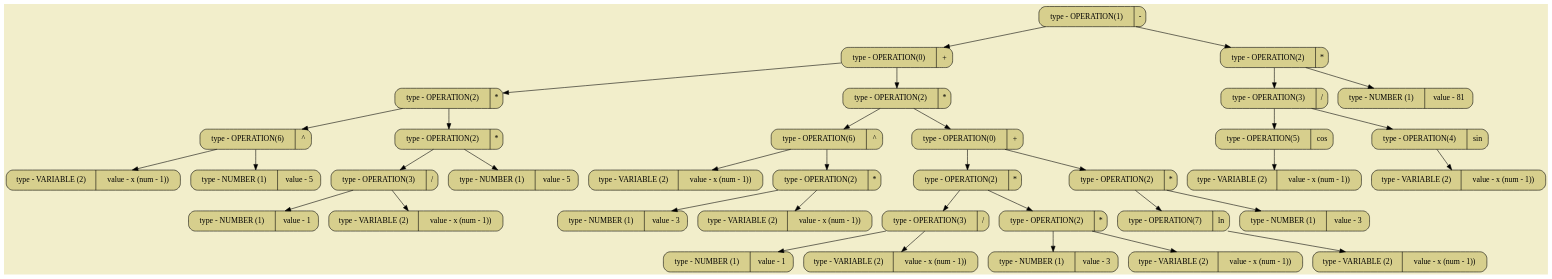
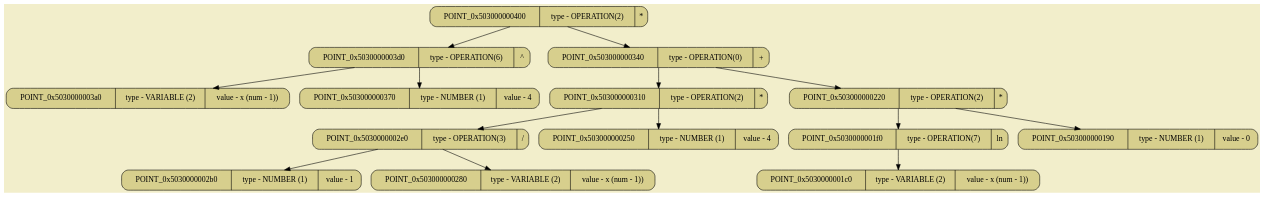
The diagram in all_dumps/pictures/image03.dot (SashaKhaytina/Differenciator), drawn with Graphviz before and after one commit. The commit also changed 22 other files, not shown here.

```diff
--- a/all_dumps/pictures/image03.dot
+++ b/all_dumps/pictures/image03.dot
@@ -1,76 +1,32 @@
 digraph
 {
 bgcolor="#F2EECB";
 rankdir = TB;
-POINT_0x610c3da96820[shape=Mrecord, label = "type - OPERATION(1) | -", style="filled",fillcolor="#D7CF8D"]
-POINT_0x610c3da967f0[shape=Mrecord, label = "type - OPERATION(0) | +", style="filled",fillcolor="#D7CF8D"]
-POINT_0x610c3da967c0[shape=Mrecord, label = "type - OPERATION(2) | *", style="filled",fillcolor="#D7CF8D"]
-POINT_0x610c3da96790[shape=Mrecord, label = "type - OPERATION(6) | ^", style="filled",fillcolor="#D7CF8D"]
-POINT_0x610c3da94600[shape=Mrecord, label = "type - VARIABLE (2) | value - x (num - 1))", style="filled",fillcolor="#D7CF8D"]
-POINT_0x610c3da946c0[shape=Mrecord, label = "type - NUMBER (1) | value - 5", style="filled",fillcolor="#D7CF8D"]
-POINT_0x610c3da96760[shape=Mrecord, label = "type - OPERATION(2) | *", style="filled",fillcolor="#D7CF8D"]
-POINT_0x610c3da96700[shape=Mrecord, label = "type - OPERATION(3) | /", style="filled",fillcolor="#D7CF8D"]
-POINT_0x610c3da966d0[shape=Mrecord, label = "type - NUMBER (1) | value - 1", style="filled",fillcolor="#D7CF8D"]
-POINT_0x610c3da966a0[shape=Mrecord, label = "type - VARIABLE (2) | value - x (num - 1))", style="filled",fillcolor="#D7CF8D"]
-POINT_0x610c3da96670[shape=Mrecord, label = "type - NUMBER (1) | value - 5", style="filled",fillcolor="#D7CF8D"]
-POINT_0x610c3da96520[shape=Mrecord, label = "type - OPERATION(2) | *", style="filled",fillcolor="#D7CF8D"]
-POINT_0x610c3da964f0[shape=Mrecord, label = "type - OPERATION(6) | ^", style="filled",fillcolor="#D7CF8D"]
-POINT_0x610c3da947a0[shape=Mrecord, label = "type - VARIABLE (2) | value - x (num - 1))", style="filled",fillcolor="#D7CF8D"]
-POINT_0x610c3da94860[shape=Mrecord, label = "type - OPERATION(2) | *", style="filled",fillcolor="#D7CF8D"]
-POINT_0x610c3da94830[shape=Mrecord, label = "type - NUMBER (1) | value - 3", style="filled",fillcolor="#D7CF8D"]
-POINT_0x610c3da948b0[shape=Mrecord, label = "type - VARIABLE (2) | value - x (num - 1))", style="filled",fillcolor="#D7CF8D"]
-POINT_0x610c3da964c0[shape=Mrecord, label = "type - OPERATION(0) | +", style="filled",fillcolor="#D7CF8D"]
-POINT_0x610c3da96490[shape=Mrecord, label = "type - OPERATION(2) | *", style="filled",fillcolor="#D7CF8D"]
-POINT_0x610c3da96460[shape=Mrecord, label = "type - OPERATION(3) | /", style="filled",fillcolor="#D7CF8D"]
-POINT_0x610c3da96430[shape=Mrecord, label = "type - NUMBER (1) | value - 1", style="filled",fillcolor="#D7CF8D"]
-POINT_0x610c3da96400[shape=Mrecord, label = "type - VARIABLE (2) | value - x (num - 1))", style="filled",fillcolor="#D7CF8D"]
-POINT_0x610c3da963d0[shape=Mrecord, label = "type - OPERATION(2) | *", style="filled",fillcolor="#D7CF8D"]
-POINT_0x610c3da963a0[shape=Mrecord, label = "type - NUMBER (1) | value - 3", style="filled",fillcolor="#D7CF8D"]
-POINT_0x610c3da96370[shape=Mrecord, label = "type - VARIABLE (2) | value - x (num - 1))", style="filled",fillcolor="#D7CF8D"]
-POINT_0x610c3da96340[shape=Mrecord, label = "type - OPERATION(2) | *", style="filled",fillcolor="#D7CF8D"]
-POINT_0x610c3da96310[shape=Mrecord, label = "type - OPERATION(7) | ln", style="filled",fillcolor="#D7CF8D"]
-POINT_0x610c3da962e0[shape=Mrecord, label = "type - VARIABLE (2) | value - x (num - 1))", style="filled",fillcolor="#D7CF8D"]
-POINT_0x610c3da962b0[shape=Mrecord, label = "type - NUMBER (1) | value - 3", style="filled",fillcolor="#D7CF8D"]
-POINT_0x610c3da96100[shape=Mrecord, label = "type - OPERATION(2) | *", style="filled",fillcolor="#D7CF8D"]
-POINT_0x610c3da960a0[shape=Mrecord, label = "type - OPERATION(3) | /", style="filled",fillcolor="#D7CF8D"]
-POINT_0x610c3da96070[shape=Mrecord, label = "type - OPERATION(5) | cos", style="filled",fillcolor="#D7CF8D"]
-POINT_0x610c3da96010[shape=Mrecord, label = "type - VARIABLE (2) | value - x (num - 1))", style="filled",fillcolor="#D7CF8D"]
-POINT_0x610c3da95fb0[shape=Mrecord, label = "type - OPERATION(4) | sin", style="filled",fillcolor="#D7CF8D"]
-POINT_0x610c3da95f80[shape=Mrecord, label = "type - VARIABLE (2) | value - x (num - 1))", style="filled",fillcolor="#D7CF8D"]
-POINT_0x610c3da95f50[shape=Mrecord, label = "type - NUMBER (1) | value - 81", style="filled",fillcolor="#D7CF8D"]
-POINT_0x610c3da96820 -> POINT_0x610c3da967f0
-POINT_0x610c3da96820 -> POINT_0x610c3da96100
-POINT_0x610c3da967f0 -> POINT_0x610c3da967c0
-POINT_0x610c3da967f0 -> POINT_0x610c3da96520
-POINT_0x610c3da967c0 -> POINT_0x610c3da96790
-POINT_0x610c3da967c0 -> POINT_0x610c3da96760
-POINT_0x610c3da96790 -> POINT_0x610c3da94600
-POINT_0x610c3da96790 -> POINT_0x610c3da946c0
-POINT_0x610c3da96760 -> POINT_0x610c3da96700
-POINT_0x610c3da96760 -> POINT_0x610c3da96670
-POINT_0x610c3da96700 -> POINT_0x610c3da966d0
-POINT_0x610c3da96700 -> POINT_0x610c3da966a0
-POINT_0x610c3da96520 -> POINT_0x610c3da964f0
-POINT_0x610c3da96520 -> POINT_0x610c3da964c0
-POINT_0x610c3da964f0 -> POINT_0x610c3da947a0
-POINT_0x610c3da964f0 -> POINT_0x610c3da94860
-POINT_0x610c3da94860 -> POINT_0x610c3da94830
-POINT_0x610c3da94860 -> POINT_0x610c3da948b0
-POINT_0x610c3da964c0 -> POINT_0x610c3da96490
-POINT_0x610c3da964c0 -> POINT_0x610c3da96340
-POINT_0x610c3da96490 -> POINT_0x610c3da96460
-POINT_0x610c3da96490 -> POINT_0x610c3da963d0
-POINT_0x610c3da96460 -> POINT_0x610c3da96430
-POINT_0x610c3da96460 -> POINT_0x610c3da96400
-POINT_0x610c3da963d0 -> POINT_0x610c3da963a0
-POINT_0x610c3da963d0 -> POINT_0x610c3da96370
-POINT_0x610c3da96340 -> POINT_0x610c3da96310
-POINT_0x610c3da96340 -> POINT_0x610c3da962b0
-POINT_0x610c3da96310 -> POINT_0x610c3da962e0
-POINT_0x610c3da96100 -> POINT_0x610c3da960a0
-POINT_0x610c3da96100 -> POINT_0x610c3da95f50
-POINT_0x610c3da960a0 -> POINT_0x610c3da96070
-POINT_0x610c3da960a0 -> POINT_0x610c3da95fb0
-POINT_0x610c3da96070 -> POINT_0x610c3da96010
-POINT_0x610c3da95fb0 -> POINT_0x610c3da95f80
+POINT_0x503000000400[shape=Mrecord, label = "POINT_0x503000000400 | type - OPERATION(2) | *", style="filled",fillcolor="#D7CF8D"]
+POINT_0x5030000003d0[shape=Mrecord, label = "POINT_0x5030000003d0 | type - OPERATION(6) | ^", style="filled",fillcolor="#D7CF8D"]
+POINT_0x5030000003a0[shape=Mrecord, label = "POINT_0x5030000003a0 | type - VARIABLE (2) | value - x (num - 1))", style="filled",fillcolor="#D7CF8D"]
+POINT_0x503000000370[shape=Mrecord, label = "POINT_0x503000000370 | type - NUMBER (1) | value - 4", style="filled",fillcolor="#D7CF8D"]
+POINT_0x503000000340[shape=Mrecord, label = "POINT_0x503000000340 | type - OPERATION(0) | +", style="filled",fillcolor="#D7CF8D"]
+POINT_0x503000000310[shape=Mrecord, label = "POINT_0x503000000310 | type - OPERATION(2) | *", style="filled",fillcolor="#D7CF8D"]
+POINT_0x5030000002e0[shape=Mrecord, label = "POINT_0x5030000002e0 | type - OPERATION(3) | /", style="filled",fillcolor="#D7CF8D"]
+POINT_0x5030000002b0[shape=Mrecord, label = "POINT_0x5030000002b0 | type - NUMBER (1) | value - 1", style="filled",fillcolor="#D7CF8D"]
+POINT_0x503000000280[shape=Mrecord, label = "POINT_0x503000000280 | type - VARIABLE (2) | value - x (num - 1))", style="filled",fillcolor="#D7CF8D"]
+POINT_0x503000000250[shape=Mrecord, label = "POINT_0x503000000250 | type - NUMBER (1) | value - 4", style="filled",fillcolor="#D7CF8D"]
+POINT_0x503000000220[shape=Mrecord, label = "POINT_0x503000000220 | type - OPERATION(2) | *", style="filled",fillcolor="#D7CF8D"]
+POINT_0x5030000001f0[shape=Mrecord, label = "POINT_0x5030000001f0 | type - OPERATION(7) | ln", style="filled",fillcolor="#D7CF8D"]
+POINT_0x5030000001c0[shape=Mrecord, label = "POINT_0x5030000001c0 | type - VARIABLE (2) | value - x (num - 1))", style="filled",fillcolor="#D7CF8D"]
+POINT_0x503000000190[shape=Mrecord, label = "POINT_0x503000000190 | type - NUMBER (1) | value - 0", style="filled",fillcolor="#D7CF8D"]
+POINT_0x503000000400 -> POINT_0x5030000003d0
+POINT_0x503000000400 -> POINT_0x503000000340
+POINT_0x5030000003d0 -> POINT_0x5030000003a0
+POINT_0x5030000003d0 -> POINT_0x503000000370
+POINT_0x503000000340 -> POINT_0x503000000310
+POINT_0x503000000340 -> POINT_0x503000000220
+POINT_0x503000000310 -> POINT_0x5030000002e0
+POINT_0x503000000310 -> POINT_0x503000000250
+POINT_0x5030000002e0 -> POINT_0x5030000002b0
+POINT_0x5030000002e0 -> POINT_0x503000000280
+POINT_0x503000000220 -> POINT_0x5030000001f0
+POINT_0x503000000220 -> POINT_0x503000000190
+POINT_0x5030000001f0 -> POINT_0x5030000001c0
 }
```
